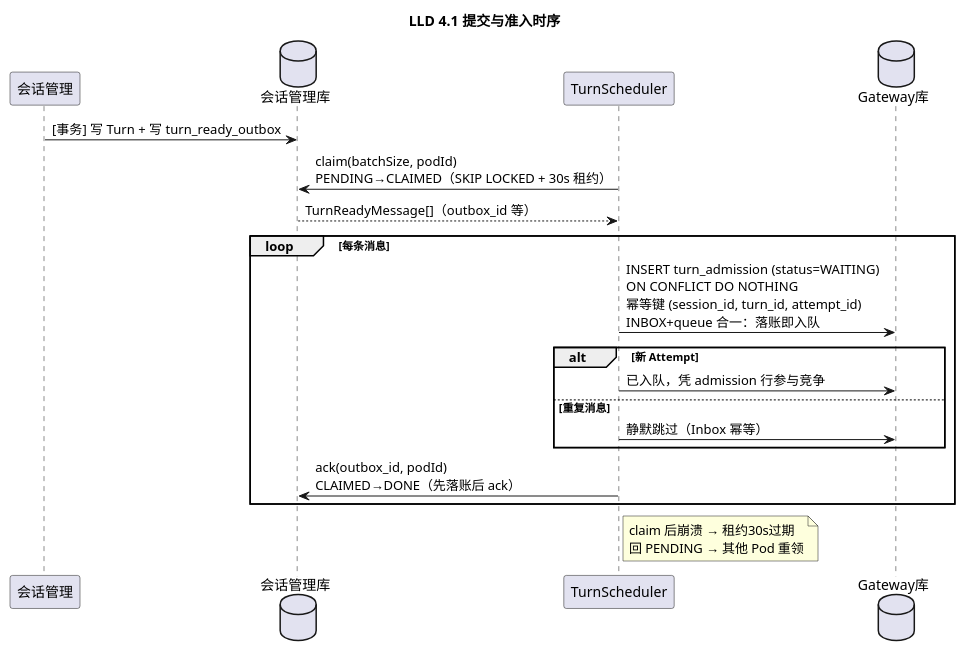
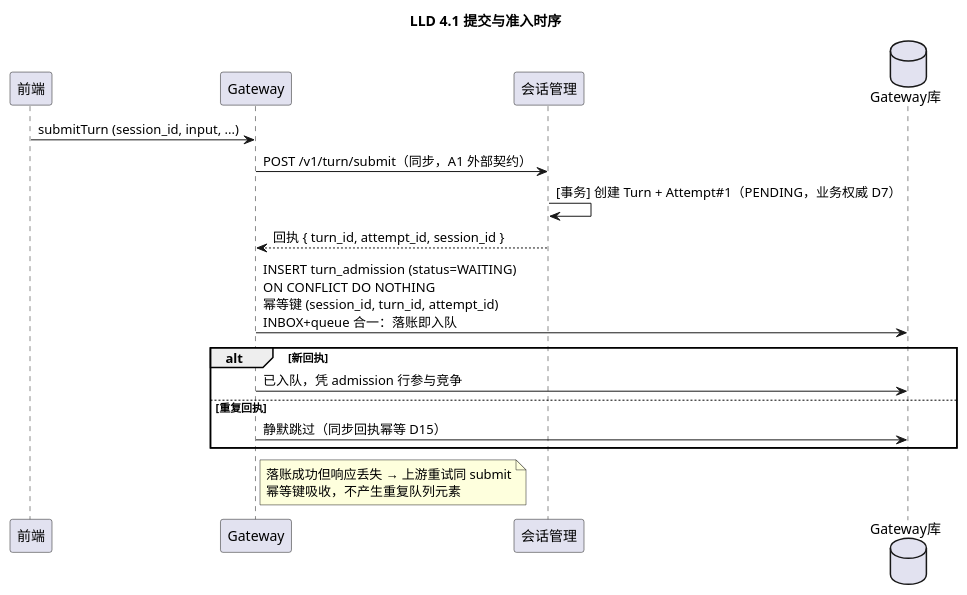
Before and after one commit to JamesLi-NLP/AgentGateway: the first of 9 diagrams in design/diagrams/plantuml/turn-scheduler-lld.puml, drawn with PlantUML. The commit also changed other lines of this file and 13 other files, not shown here.

```diff
--- a/design/diagrams/plantuml/turn-scheduler-lld.puml
+++ b/design/diagrams/plantuml/turn-scheduler-lld.puml
@@ -9,24 +9,22 @@
 @startuml lld-41-admission
 title LLD 4.1 提交与准入时序
 skinparam backgroundColor white
 skinparam defaultFontName "Microsoft YaHei"
 
+participant "前端" as UI
+participant "Gateway" as GW
 participant "会话管理" as SM
-database "会话管理库" as SMPG
-participant "TurnScheduler" as TS
 database "Gateway库" as TSPG
 
-SM -> SMPG : [事务] 写 Turn + 写 turn_ready_outbox
-TS -> SMPG : claim(batchSize, podId)\nPENDING→CLAIMED（SKIP LOCKED + 30s 租约）
-SMPG --> TS : TurnReadyMessage[]（outbox_id 等）
-loop 每条消息
-    TS -> TSPG : INSERT turn_admission (status=WAITING)\nON CONFLICT DO NOTHING\n幂等键 (session_id, turn_id, attempt_id)\nINBOX+queue 合一：落账即入队
-    alt 新 Attempt
-        TS -> TSPG : 已入队，凭 admission 行参与竞争
-    else 重复消息
-        TS -> TSPG : 静默跳过（Inbox 幂等）
-    end
-    TS -> SMPG : ack(outbox_id, podId)\nCLAIMED→DONE（先落账后 ack）
+UI -> GW : submitTurn (session_id, input, ...)
+GW -> SM : POST /v1/turn/submit（同步，A1 外部契约）
+SM -> SM : [事务] 创建 Turn + Attempt#1（PENDING，业务权威 D7）
+SM --> GW : 回执 { turn_id, attempt_id, session_id }
+GW -> TSPG : INSERT turn_admission (status=WAITING)\nON CONFLICT DO NOTHING\n幂等键 (session_id, turn_id, attempt_id)\nINBOX+queue 合一：落账即入队
+alt 新回执
+    GW -> TSPG : 已入队，凭 admission 行参与竞争
+else 重复回执
+    GW -> TSPG : 静默跳过（同步回执幂等 D15）
 end
-note right of TS : claim 后崩溃 → 租约30s过期\n回 PENDING → 其他 Pod 重领
+note right of GW : 落账成功但响应丢失 → 上游重试同 submit\n幂等键吸收，不产生重复队列元素
 @enduml
```
